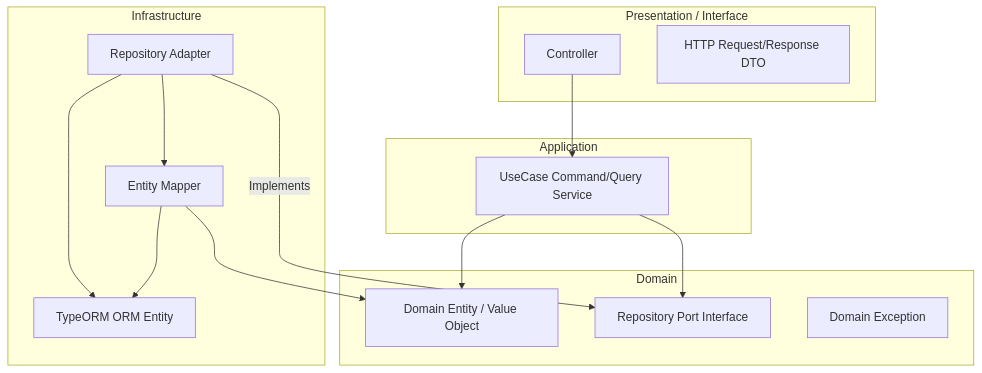
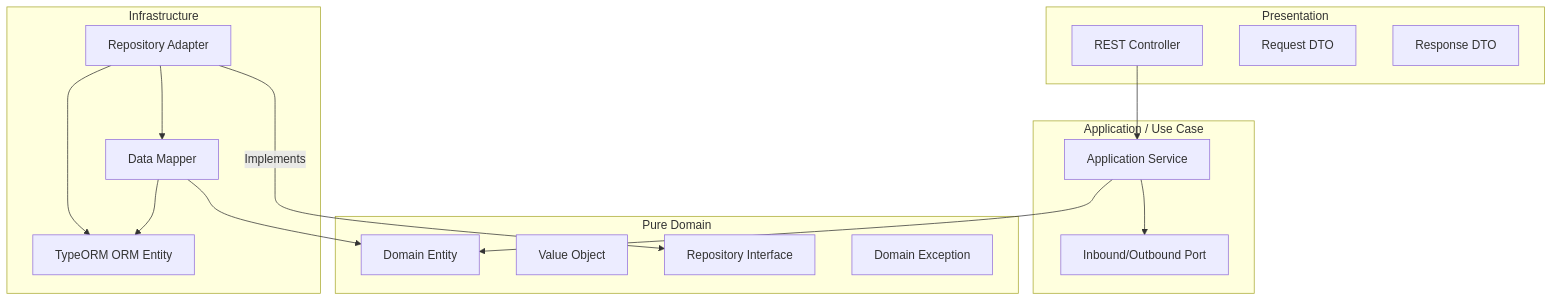
One commit to limkeunhyeok/nestjs-api-server-sample changed the diagram in .agents/AGENTS.md. Above: the diagram before and after it, drawn with Mermaid. The commit also changed other lines of this file and 3 other files, not shown here.

````diff
--- a/.agents/AGENTS.md
+++ b/.agents/AGENTS.md
@@ -29,32 +29,35 @@
 ```mermaid
 graph TD
-    subgraph Presentation / Interface
-        Controller[Controller]
-        HttpDto[HTTP Request/Response DTO]
+    subgraph Presentation
+        Controller[REST Controller]
+        RequestDto[Request DTO]
+        ResponseDto[Response DTO]
     end
 
-    subgraph Application
-        UseCase[UseCase Command/Query Service]
+    subgraph Application [Application / Use Case]
+        Service[Application Service]
+        AppPort[Inbound/Outbound Port]
     end
 
-    subgraph Domain
-        DomainEntity[Domain Entity / Value Object]
-        RepositoryPort[Repository Port Interface]
+    subgraph Domain [Pure Domain]
+        DomainEntity[Domain Entity]
+        ValueObject[Value Object]
+        DomainRepository[Repository Interface]
         DomainException[Domain Exception]
     end
 
     subgraph Infrastructure
         OrmEntity[TypeORM ORM Entity]
         RepositoryAdapter[Repository Adapter]
-        Mapper[Entity Mapper]
+        Mapper[Data Mapper]
     end
 
-    Controller --> UseCase
-    UseCase --> DomainEntity
-    UseCase --> RepositoryPort
-    RepositoryAdapter -- Implements --> RepositoryPort
+    Controller --> Service
+    Service --> DomainEntity
+    Service --> AppPort
+    RepositoryAdapter -- Implements --> DomainRepository
     RepositoryAdapter --> OrmEntity
     RepositoryAdapter --> Mapper
     Mapper --> DomainEntity
     Mapper --> OrmEntity
 ```
````
